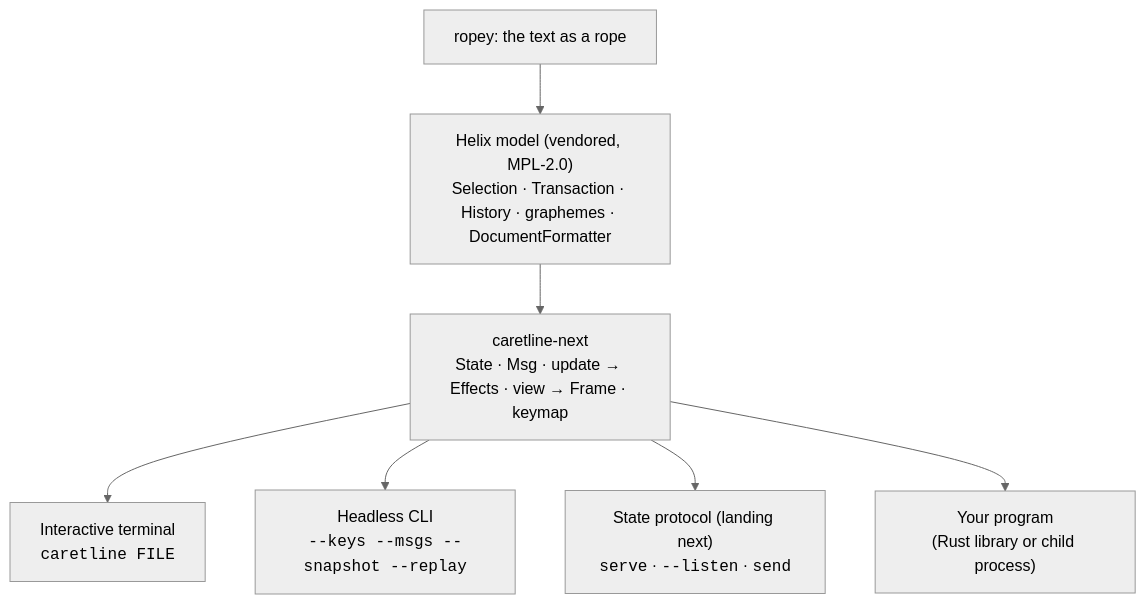
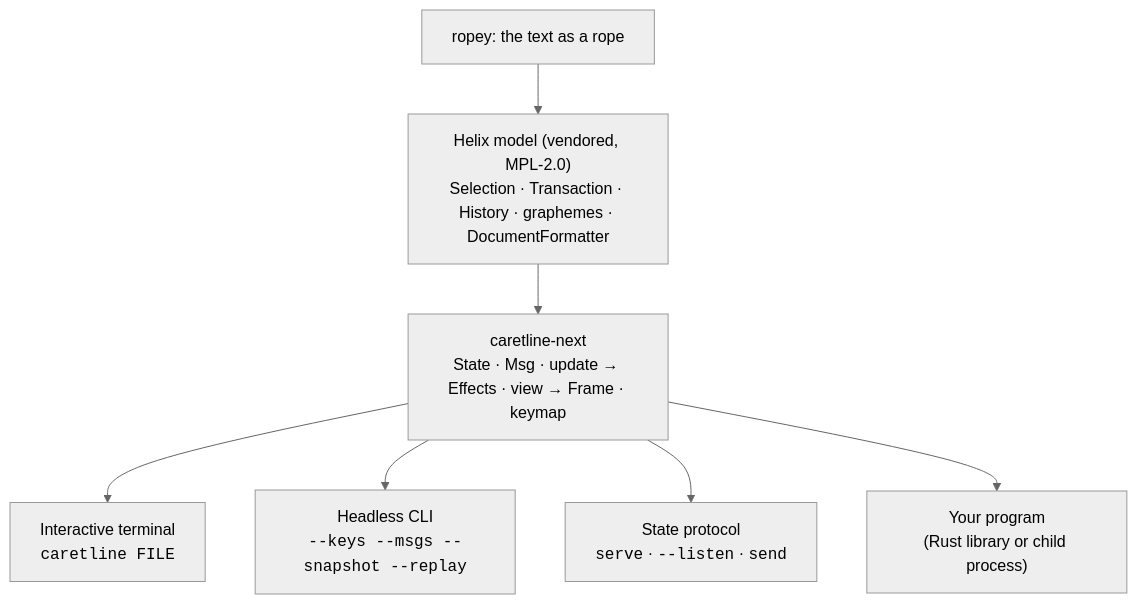
One commit to brancusi/thought-control changed the diagram in docs/caretline/README.md. Above: the diagram before and after it, drawn with Mermaid (neutral theme). The commit also changed other lines of this file and 20 other files, not shown here.

````diff
--- a/docs/caretline/README.md
+++ b/docs/caretline/README.md
@@ -45,11 +45,11 @@
 ```mermaid
 flowchart TB
     rope["ropey: the text as a rope"]
     helix["Helix model (vendored, MPL-2.0)<br/>Selection · Transaction · History · graphemes · DocumentFormatter"]
     elm["caretline-next<br/>State · Msg · update → Effects · view → Frame · keymap"]
     rope --> helix --> elm
     elm --> tty["Interactive terminal<br/><code>caretline FILE</code>"]
     elm --> cli["Headless CLI<br/><code>--keys --msgs --snapshot --replay</code>"]
-    elm --> proto["State protocol (landing next)<br/><code>serve</code> · <code>--listen</code> · <code>send</code>"]
+    elm --> proto["State protocol<br/><code>serve</code> · <code>--listen</code> · <code>send</code>"]
     elm --> lib["Your program<br/>(Rust library or child process)"]
 ```
````
